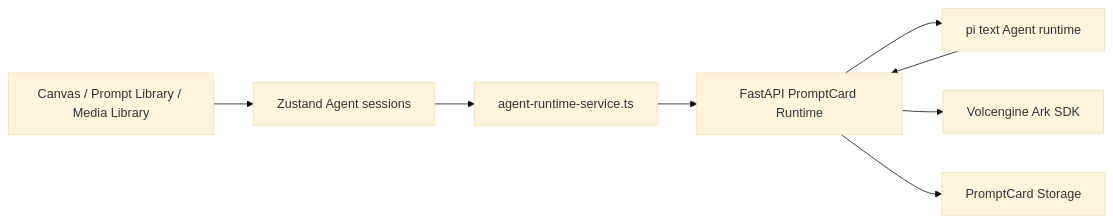
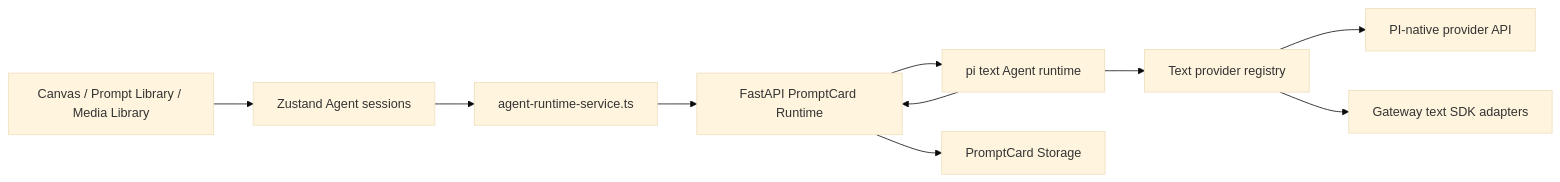
Before and after one commit to Aoye-3/PromptCard-Agent: the diagram in docs/architecture/agent-runtime-boundary.md, drawn with Mermaid (base theme). The commit also changed other lines of this file and 35 other files, not shown here.

````diff
--- a/docs/architecture/agent-runtime-boundary.md
+++ b/docs/architecture/agent-runtime-boundary.md
@@ -7,16 +7,20 @@
 ```mermaid
 flowchart LR
   UI["Canvas / Prompt Library / Media Library"]
   Store["Zustand Agent sessions"]
   Client["agent-runtime-service.ts"]
   Gateway["FastAPI PromptCard Runtime"]
   Pi["pi text Agent runtime"]
-  Ark["Volcengine Ark SDK"]
+  Registry["Text provider registry"]
+  Native["PI-native provider API"]
+  SDK["Gateway text SDK adapters"]
   Storage["PromptCard Storage"]
 
   UI --> Store --> Client --> Gateway
   Gateway --> Pi
   Pi --> Gateway
-  Gateway --> Ark
+  Pi --> Registry
+  Registry --> Native
+  Registry --> SDK
   Gateway --> Storage
 ```
````
